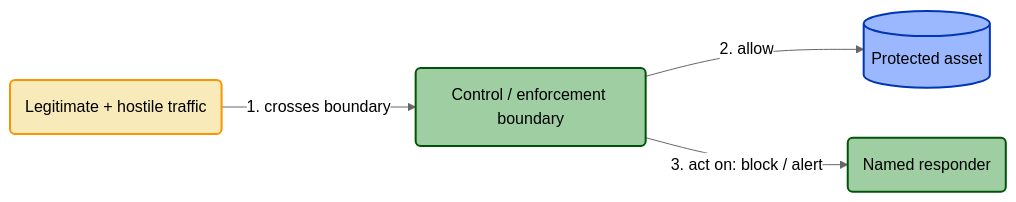
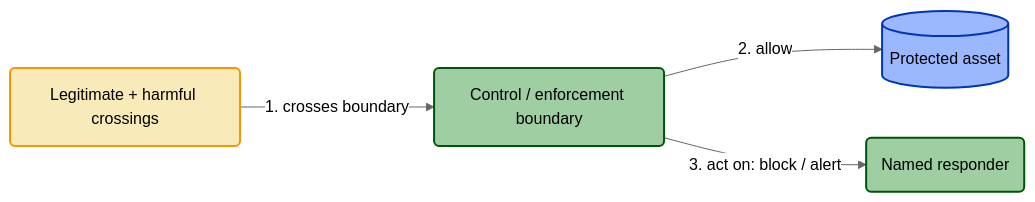
The second of 3 diagrams in templates/control-model-template.md (grcengineering/threat-informed-control-modeling), drawn with Mermaid (neutral theme) before and after one commit. The commit also changed other lines of this file and 21 other files, not shown here.

````diff
--- a/templates/control-model-template.md
+++ b/templates/control-model-template.md
@@ -79,14 +81,14 @@
 ```mermaid
 flowchart LR
-    src(Legitimate + hostile traffic)
+    src(Legitimate + harmful crossings)
     ctrl(Control / enforcement boundary)
     asset[(Protected asset)]
     resp(Named responder)
     src -->|1. crosses boundary| ctrl
     ctrl -->|2. allow| asset
     ctrl -->|3. act on: block / alert| resp
     style src fill:#f9ebb9,stroke:#fb9400,stroke-width:2px,color:#000000
     style ctrl fill:#9ecea2,stroke:#015407,stroke-width:2px,color:#000000
     style asset fill:#9bb8ff,stroke:#0035b3,stroke-width:2px,color:#000000
     style resp fill:#9ecea2,stroke:#015407,stroke-width:2px,color:#000000
 ```
````
